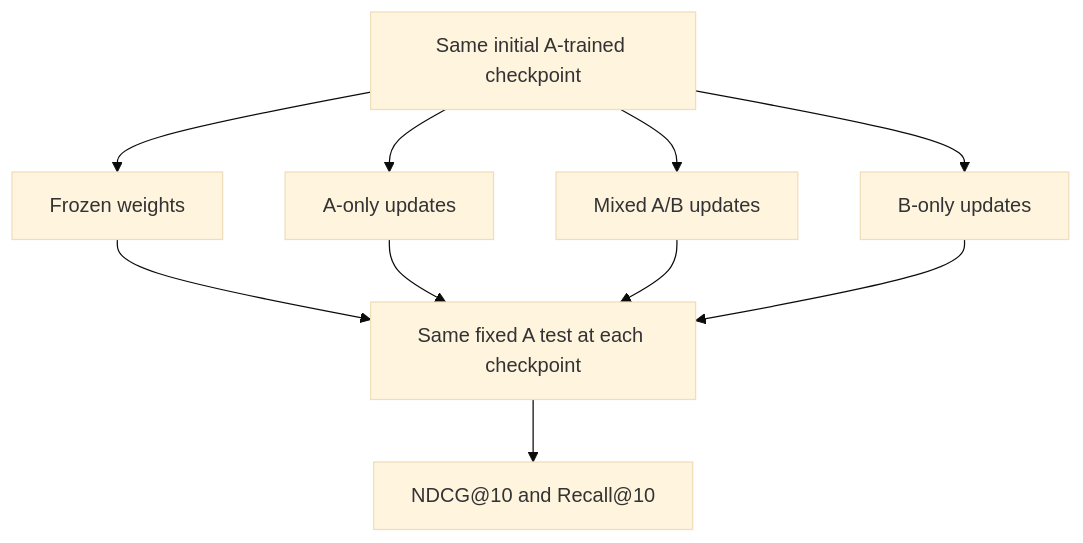
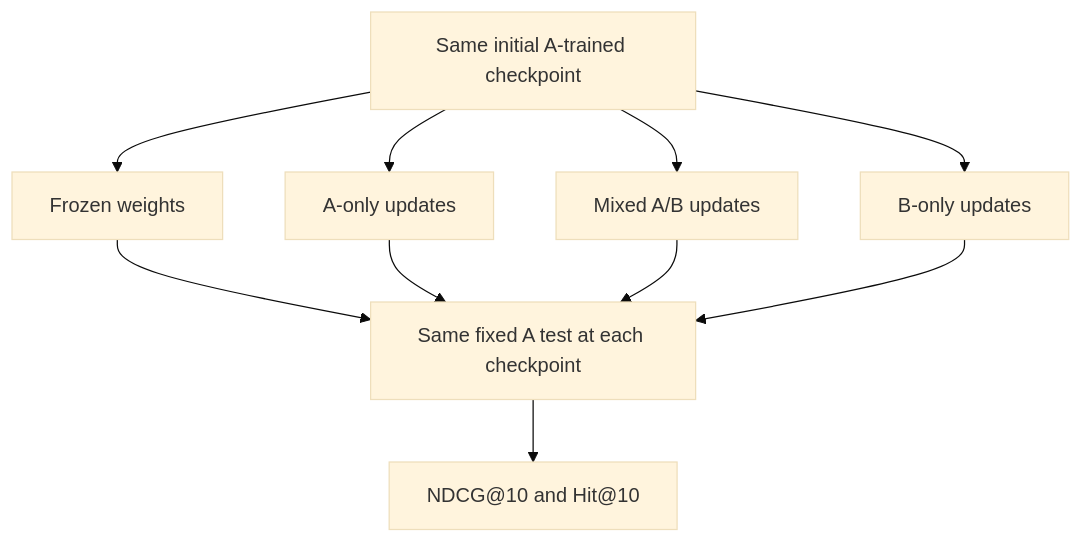
One commit to Hong-yiii/cp4285_reccomender_systems changed the fourth of 4 diagrams in docs/SLIDE-FLOW.md. Above: the diagram before and after it, drawn with Mermaid (base theme). The commit also changed 16 other files, not shown here.

````diff
--- a/docs/SLIDE-FLOW.md
+++ b/docs/SLIDE-FLOW.md
@@ -86,12 +86,12 @@
 ```mermaid
 flowchart TD
     C["Same initial A-trained checkpoint"] --> F["Frozen weights"]
     C --> A["A-only updates"]
     C --> M["Mixed A/B updates"]
     C --> B["B-only updates"]
     F --> E["Same fixed A test at each checkpoint"]
     A --> E
     M --> E
     B --> E
-    E --> Q["NDCG@10 and Recall@10"]
+    E --> Q["NDCG@10 and Hit@10"]
 ```
````
